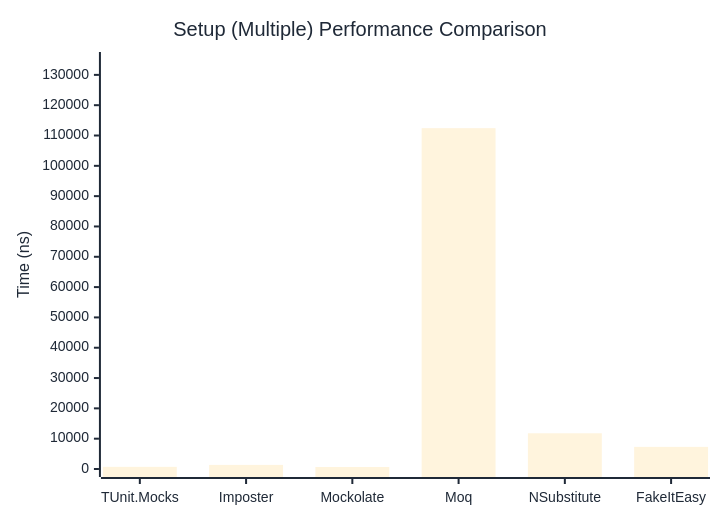
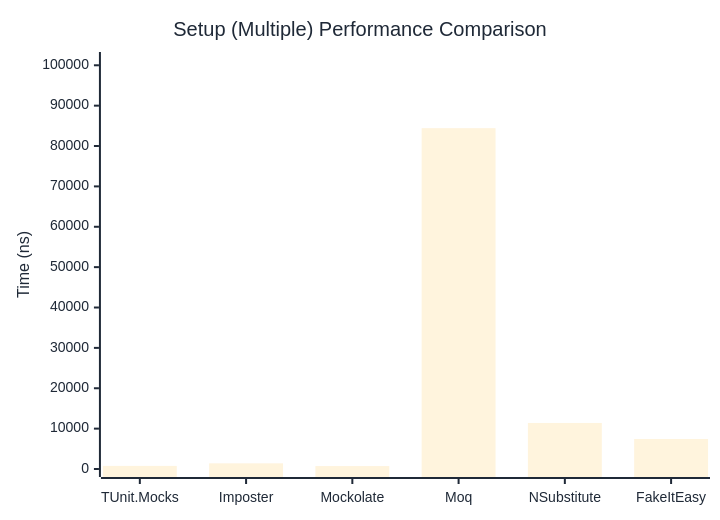
Before and after one commit to thomhurst/TUnit: the second of 2 diagrams in docs/docs/benchmarks/mocks/Setup.md, drawn with Mermaid. The commit also changed other lines of this file and 14 other files, not shown here.

````diff
--- a/docs/docs/benchmarks/mocks/Setup.md
+++ b/docs/docs/benchmarks/mocks/Setup.md
@@ -69,27 +69,27 @@
 ```mermaid
 %%{init: {
   'theme':'base',
   'themeVariables': {
     'primaryColor': '#2563eb',
     'primaryTextColor': '#1f2937',
     'primaryBorderColor': '#1e40af',
     'lineColor': '#6b7280',
     'secondaryColor': '#7c3aed',
     'tertiaryColor': '#dc2626',
     'background': '#ffffff',
     'pie1': '#2563eb',
     'pie2': '#7c3aed',
     'pie3': '#dc2626',
     'pie4': '#f59e0b',
     'pie5': '#10b981',
     'pie6': '#06b6d4',
     'pie7': '#ec4899',
     'pie8': '#6366f1'
   }
 }}%%
 xychart-beta
   title "Setup (Multiple) Performance Comparison"
   x-axis ["TUnit.Mocks", "Imposter", "Mockolate", "Moq", "NSubstitute", "FakeItEasy"]
-  y-axis "Time (ns)" 0 --> 134907
-  bar [709.7, 1346.3, 660.3, 112421.9, 11787.2, 7300.9]
+  y-axis "Time (ns)" 0 --> 101308
+  bar [764.7, 1402.5, 727.2, 84423.3, 11405.8, 7430.5]
 ```
````
